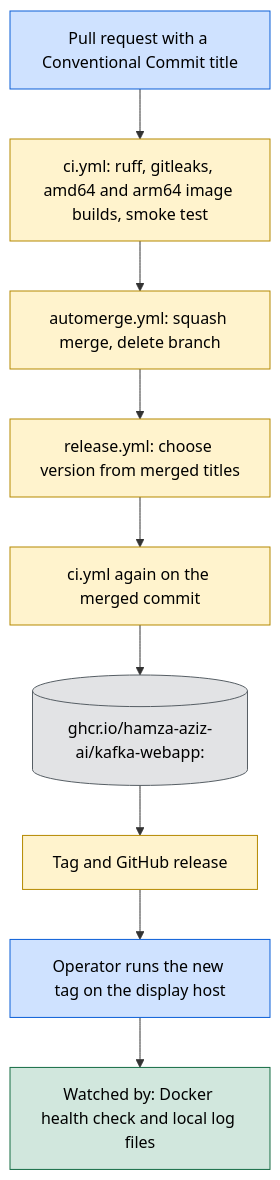
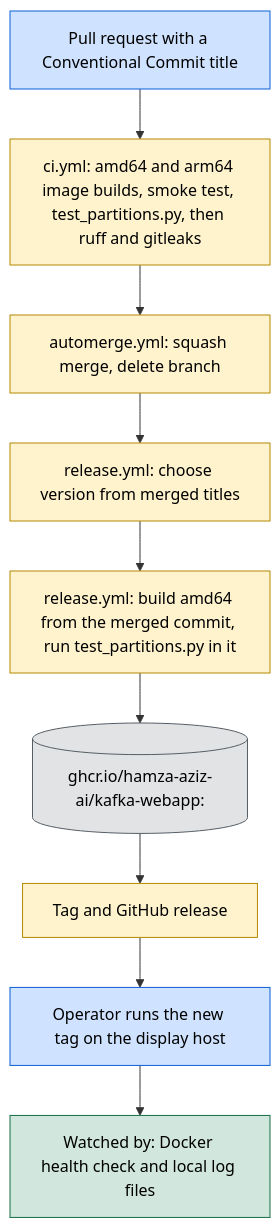
The second of 3 diagrams in docs/ARCHITECTURE.md (hamza-aziz-ai/Kafka-WebApp), drawn with Mermaid before and after one commit. The commit also changed other lines of this file and 13 other files, not shown here.

````diff
--- a/docs/ARCHITECTURE.md
+++ b/docs/ARCHITECTURE.md
@@ -73,19 +73,19 @@
 ```mermaid
 flowchart TD
     A["`Pull request with a Conventional Commit title`"]:::person
-    B["`ci.yml: ruff, gitleaks, amd64 and arm64 image builds, smoke test`"]:::gh
+    B["`ci.yml: amd64 and arm64 image builds, smoke test, test_partitions.py, then ruff and gitleaks`"]:::gh
     C["`automerge.yml: squash merge, delete branch`"]:::gh
     D["`release.yml: choose version from merged titles`"]:::gh
-    E["`ci.yml again on the merged commit`"]:::gh
+    E["`release.yml: build amd64 from the merged commit, run test_partitions.py in it`"]:::gh
     F[("`ghcr.io/hamza-aziz-ai/kafka-webapp:<tag>`")]:::outside
     G["`Tag and GitHub release`"]:::gh
     H["`Operator runs the new tag on the display host`"]:::person
     I["`Watched by: Docker health check and local log files`"]:::code
 
     A --> B --> C --> D --> E --> F --> G --> H --> I
 
     classDef person fill:#cfe2ff,stroke:#0b5ed7,color:#000
     classDef code fill:#d1e7dd,stroke:#146c43,color:#000
     classDef gh fill:#fff3cd,stroke:#b58900,color:#000
     classDef outside fill:#e2e3e5,stroke:#565e64,color:#000
 ```
````
